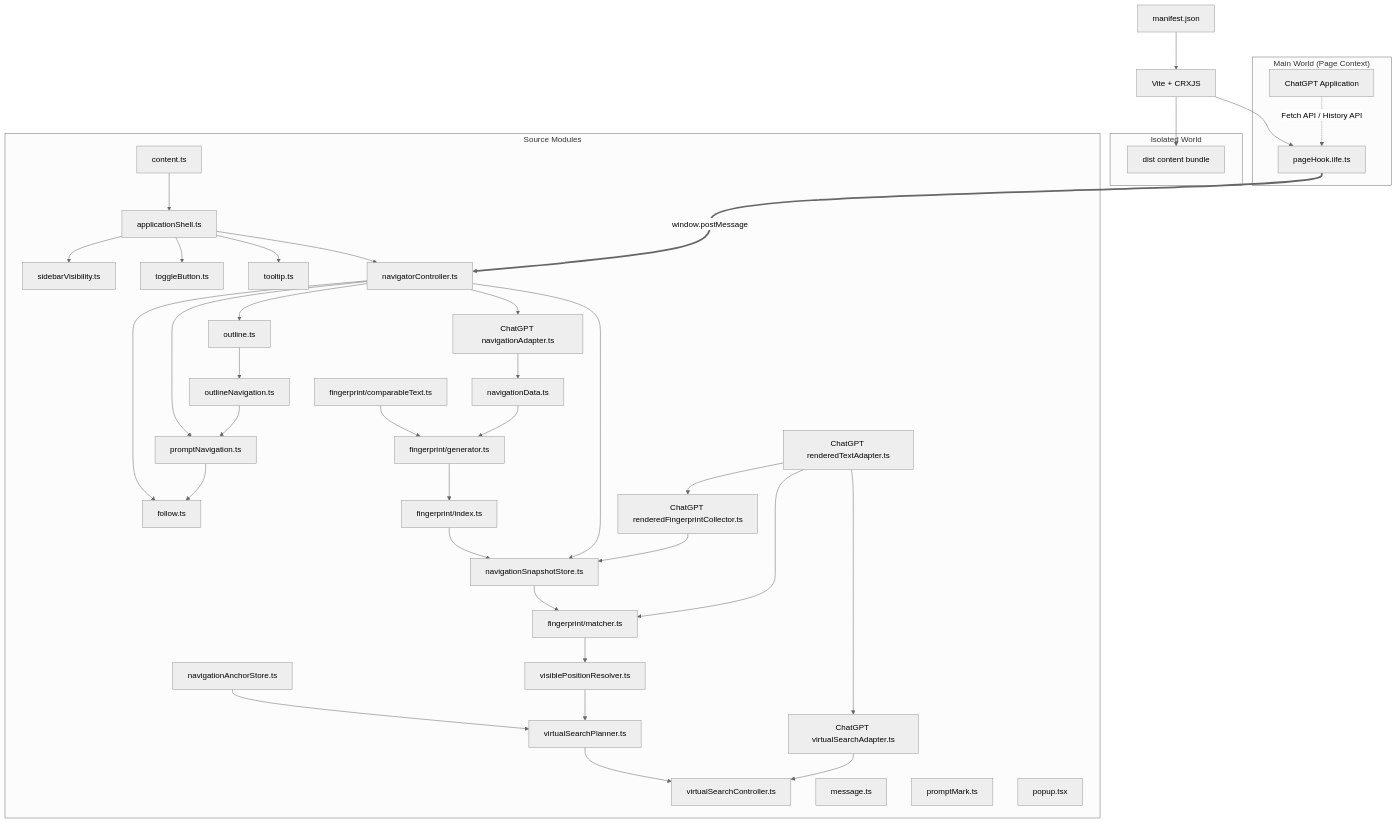
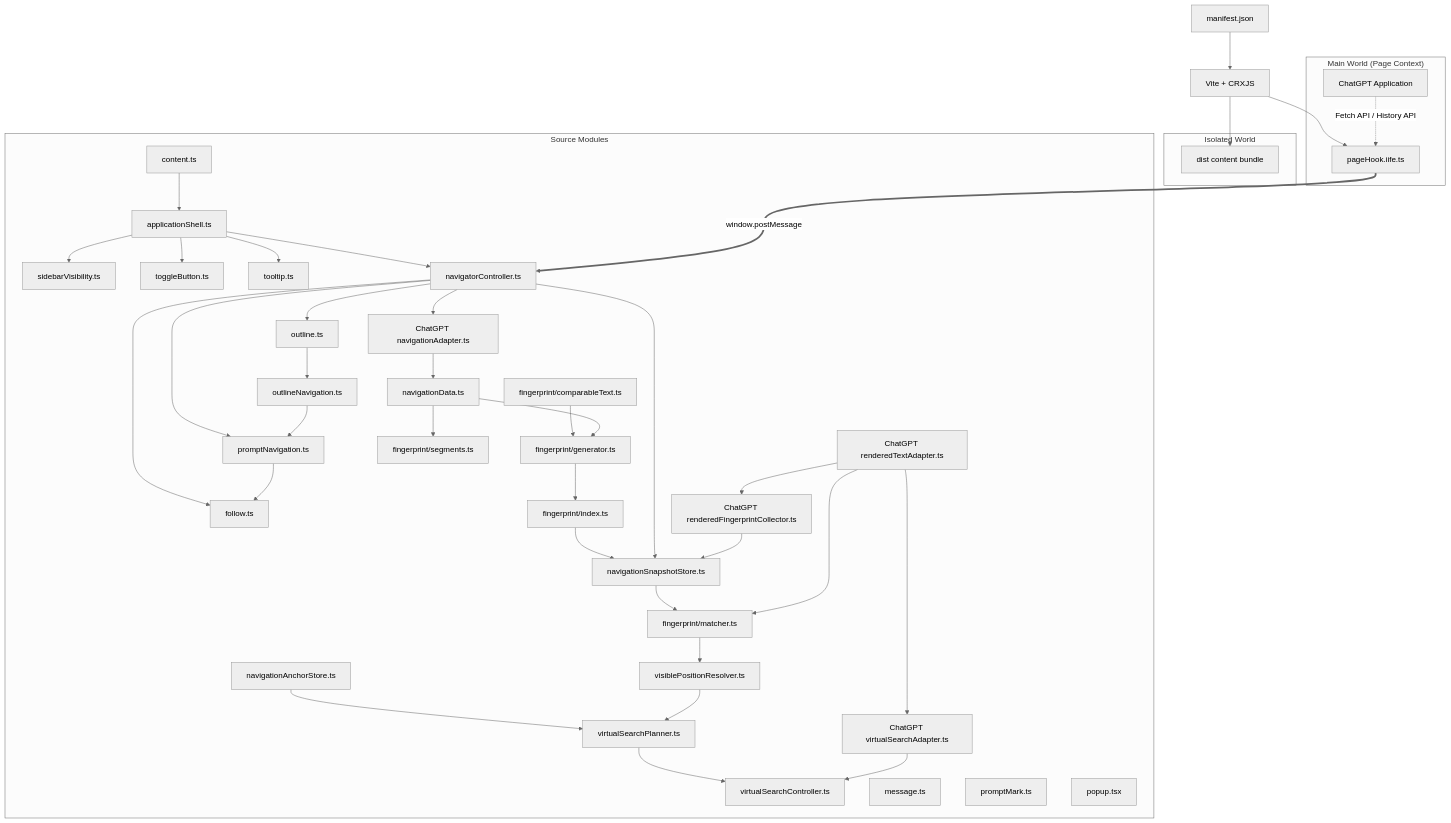
The diagram in docs/ARCHITECTURE.md (Leo7805/luna-toc), drawn with Mermaid (neutral theme) before and after one commit. The commit also changed other lines of this file and 8 other files, not shown here.

````diff
--- a/docs/ARCHITECTURE.md
+++ b/docs/ARCHITECTURE.md
@@ -15,78 +15,80 @@
 ```mermaid
 graph TD
     manifest[manifest.json]
     vite[Vite + CRXJS]
 
     subgraph sourceModules["Source Modules"]
         content[content.ts]
         outline[outline.ts]
         outlineNavigation[outlineNavigation.ts]
         follow[follow.ts]
         promptNavigation[promptNavigation.ts]
         navigationData[navigationData.ts]
         comparableText[fingerprint/comparableText.ts]
         fingerprint[fingerprint/generator.ts]
+        fingerprintSegments[fingerprint/segments.ts]
         fingerprintIndex[fingerprint/index.ts]
         fingerprintMatcher[fingerprint/matcher.ts]
         visiblePosition[visiblePositionResolver.ts]
         anchorStore[navigationAnchorStore.ts]
         virtualSearchPlanner[virtualSearchPlanner.ts]
         virtualSearchController[virtualSearchController.ts]
         snapshotStore[navigationSnapshotStore.ts]
         chatGptAdapter[ChatGPT navigationAdapter.ts]
         chatGptRenderedText[ChatGPT renderedTextAdapter.ts]
         chatGptFingerprintCollector[ChatGPT renderedFingerprintCollector.ts]
         chatGptVirtualSearch[ChatGPT virtualSearchAdapter.ts]
         msg[message.ts]
         mark[promptMark.ts]
         vis[sidebarVisibility.ts]
         btn[toggleButton.ts]
         tip[tooltip.ts]
         navigator[navigatorController.ts]
         shell[applicationShell.ts]
         popup[popup.tsx]
     end
 
     subgraph isolatedWorld["Isolated World"]
         contentBundle[dist content bundle]
     end
 
     subgraph mainWorld["Main World (Page Context)"]
         hook[pageHook.iife.ts]
         chatgpt[ChatGPT Application]
     end
 
     manifest --> vite
     content --> shell
     shell --> navigator
     shell --> vis
     shell --> btn
     shell --> tip
     navigator --> outline
     navigator --> promptNavigation
     chatGptAdapter --> navigationData
     comparableText --> fingerprint
     navigationData --> fingerprint
     fingerprint --> fingerprintIndex
+    navigationData --> fingerprintSegments
     fingerprintIndex --> snapshotStore
     snapshotStore --> fingerprintMatcher
     fingerprintMatcher --> visiblePosition
     anchorStore --> virtualSearchPlanner
     visiblePosition --> virtualSearchPlanner
     virtualSearchPlanner --> virtualSearchController
     navigator --> snapshotStore
     navigator --> chatGptAdapter
     chatGptRenderedText --> fingerprintMatcher
     chatGptRenderedText --> chatGptFingerprintCollector
     chatGptFingerprintCollector --> snapshotStore
     chatGptRenderedText --> chatGptVirtualSearch
     chatGptVirtualSearch --> virtualSearchController
     navigator --> follow
     outline --> outlineNavigation
     outlineNavigation --> promptNavigation
     promptNavigation --> follow
     vite --> contentBundle
     vite --> hook
     hook ===>|window.postMessage| navigator
     chatgpt -.->|Fetch API / History API| hook
 ```
````
